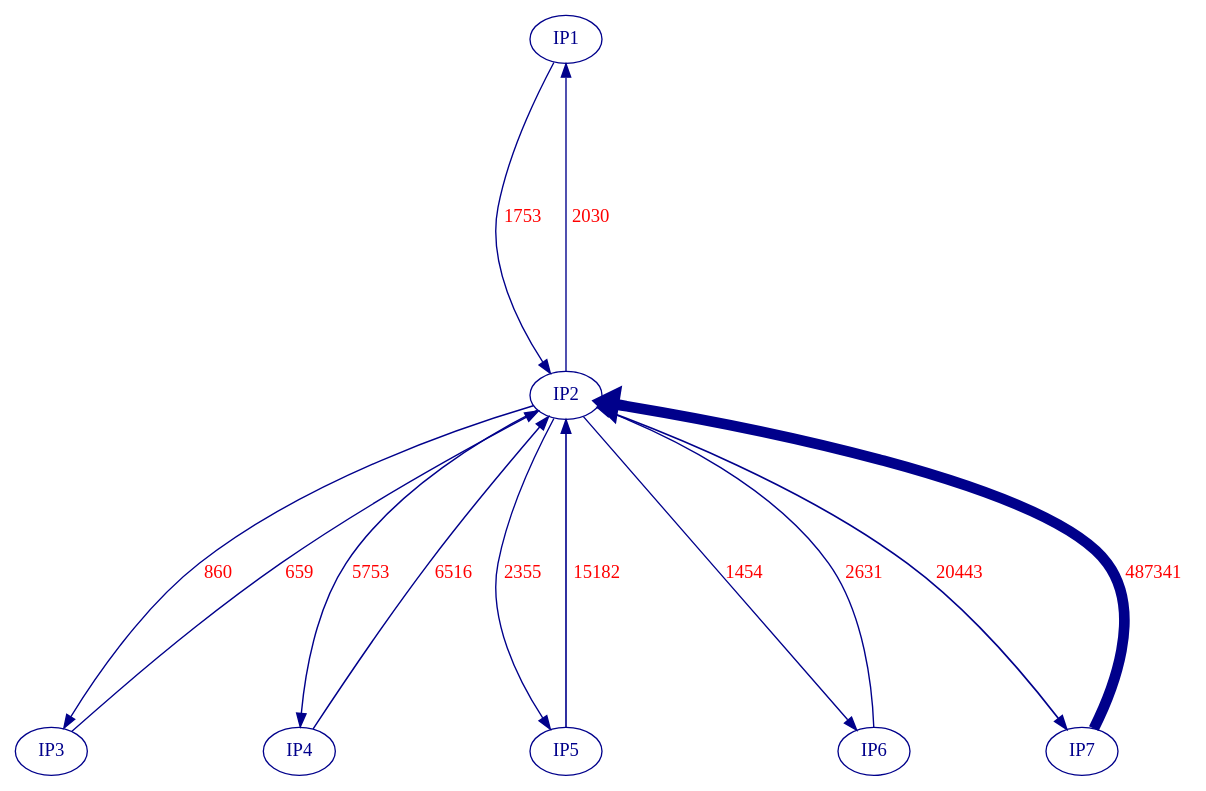
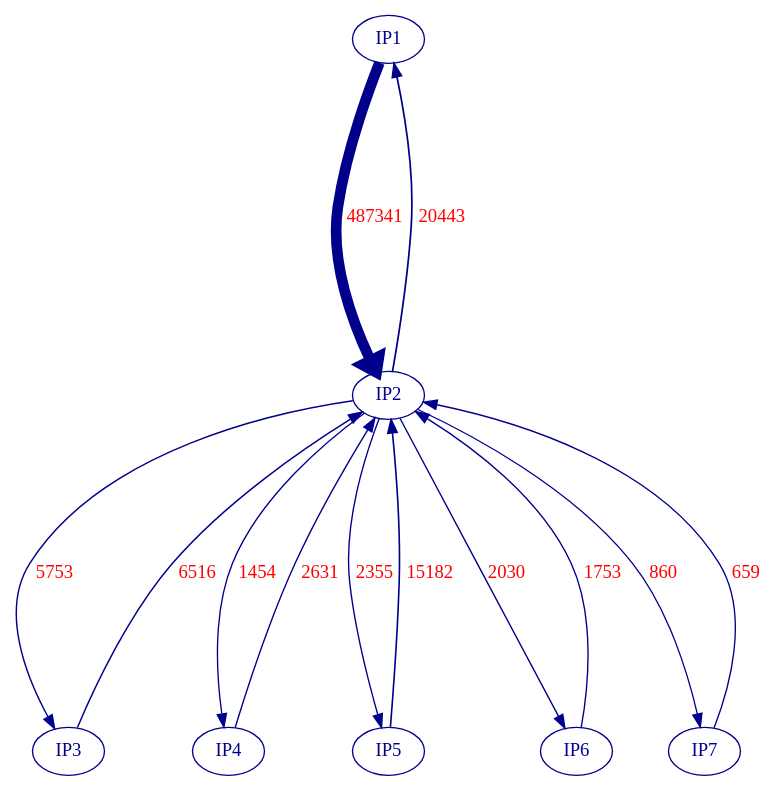
Before and after one commit to Alfredo-Vargas/nap: the diagram in conversations/ip_conversation_circo.gv, drawn with Graphviz. The commit also changed 18 other files, not shown here.

```diff
--- a/conversations/ip_conversation_circo.gv
+++ b/conversations/ip_conversation_circo.gv
@@ -1,23 +1,23 @@
 // IP Conversations circo engine
 digraph {
-	graph [nodesep=0.8 ranksep=3]
-	"34.117.237.239" [label=IP1 color=darkblue fontcolor=darkblue]
+	graph [nodespe=0.8 ranksep=3 size="8!"]
+	"104.23.98.190" [label=IP1 color=darkblue fontcolor=darkblue]
 	"10.138.38.223" [label=IP2 color=darkblue fontcolor=darkblue]
-	"104.23.99.190" [label=IP3 color=darkblue fontcolor=darkblue]
-	"5.135.182.68" [label=IP4 color=darkblue fontcolor=darkblue]
+	"5.135.182.68" [label=IP3 color=darkblue fontcolor=darkblue]
+	"10.139.1.1" [label=IP4 color=darkblue fontcolor=darkblue]
 	"185.199.108.153" [label=IP5 color=darkblue fontcolor=darkblue]
-	"10.139.1.1" [label=IP6 color=darkblue fontcolor=darkblue]
-	"104.23.98.190" [label=IP7 color=darkblue fontcolor=darkblue]
-	"185.199.108.153" -> "10.138.38.223" [label=15182 color=darkblue fontcolor=red labeldistance=0 penwidth=1.2180690727847647]
-	"5.135.182.68" -> "10.138.38.223" [label=6516 color=darkblue fontcolor=red labeldistance=0 penwidth=1.0935936028366176]
-	"104.23.99.190" -> "10.138.38.223" [label=659 color=darkblue fontcolor=red labeldistance=0 penwidth=1.009465651361162]
-	"104.23.98.190" -> "10.138.38.223" [label=487341 color=darkblue fontcolor=red labeldistance=0 penwidth=8.0]
-	"10.138.38.223" -> "34.117.237.239" [label=2030 color=darkblue fontcolor=red labeldistance=0 penwidth=1.0291582280169327]
-	"10.138.38.223" -> "104.23.98.190" [label=20443 color=darkblue fontcolor=red labeldistance=0 penwidth=1.2936362834237218]
+	"34.117.237.239" [label=IP6 color=darkblue fontcolor=darkblue]
+	"104.23.99.190" [label=IP7 color=darkblue fontcolor=darkblue]
 	"10.138.38.223" -> "185.199.108.153" [label=2355 color=darkblue fontcolor=red labeldistance=0 penwidth=1.0338264172314662]
 	"10.139.1.1" -> "10.138.38.223" [label=2631 color=darkblue fontcolor=red labeldistance=0 penwidth=1.0377907871490393]
-	"10.138.38.223" -> "10.139.1.1" [label=1454 color=darkblue fontcolor=red labeldistance=0 penwidth=1.020884760362867]
+	"104.23.98.190" -> "10.138.38.223" [label=487341 color=darkblue fontcolor=red labeldistance=0 penwidth=8.0]
+	"104.23.99.190" -> "10.138.38.223" [label=659 color=darkblue fontcolor=red labeldistance=0 penwidth=1.009465651361162]
+	"185.199.108.153" -> "10.138.38.223" [label=15182 color=darkblue fontcolor=red labeldistance=0 penwidth=1.2180690727847647]
 	"34.117.237.239" -> "10.138.38.223" [label=1753 color=darkblue fontcolor=red labeldistance=0 penwidth=1.025179494440238]
 	"10.138.38.223" -> "5.135.182.68" [label=5753 color=darkblue fontcolor=red labeldistance=0 penwidth=1.0826341309268048]
+	"10.138.38.223" -> "34.117.237.239" [label=2030 color=darkblue fontcolor=red labeldistance=0 penwidth=1.0291582280169327]
+	"5.135.182.68" -> "10.138.38.223" [label=6516 color=darkblue fontcolor=red labeldistance=0 penwidth=1.0935936028366176]
+	"10.138.38.223" -> "104.23.98.190" [label=20443 color=darkblue fontcolor=red labeldistance=0 penwidth=1.2936362834237218]
+	"10.138.38.223" -> "10.139.1.1" [label=1454 color=darkblue fontcolor=red labeldistance=0 penwidth=1.020884760362867]
 	"10.138.38.223" -> "104.23.99.190" [label=860 color=darkblue fontcolor=red labeldistance=0 penwidth=1.0123527468446119]
 }
```
